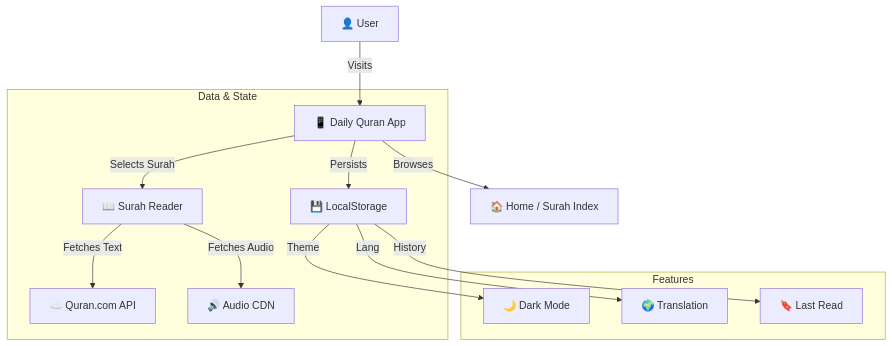
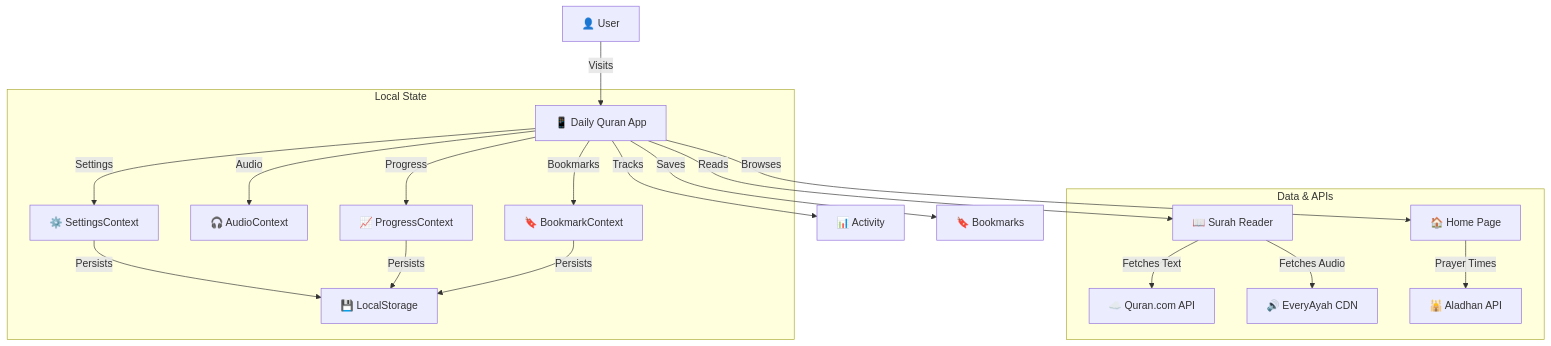
Before and after one commit to 9M2PJU/9M2PJU-Daily-Quran: the diagram in README.md, drawn with Mermaid. The commit also changed other lines of this file, not shown here.

Commit message:
docs: comprehensive README update with all features and changelog

````diff
--- a/README.md
+++ b/README.md
@@ -28,18 +55,24 @@
 ```mermaid
 graph TD
     User[👤 User] -->|Visits| App[📱 Daily Quran App]
-    App -->|Browses| Home[🏠 Home / Surah Index]
-    App -->|Selects Surah| Reader[📖 Surah Reader]
-    
-    subgraph "Data & State"
+    App -->|Browses| Home[🏠 Home Page]
+    App -->|Reads| Reader[📖 Surah Reader]
+    App -->|Tracks| Activity[📊 Activity]
+    App -->|Saves| Bookmarks[🔖 Bookmarks]
+
+    subgraph "Data & APIs"
         Reader -->|Fetches Text| API[☁️ Quran.com API]
-        Reader -->|Fetches Audio| Audio[🔊 Audio CDN]
-        App -->|Persists| Storage[💾 LocalStorage]
+        Reader -->|Fetches Audio| Audio[🔊 EveryAyah CDN]
+        Home -->|Prayer Times| Prayer[🕌 Aladhan API]
     end
 
-    subgraph "Features"
-        Storage -->|Theme| DarkMode[🌙 Dark Mode]
-        Storage -->|Lang| Lang[🌍 Translation]
-        Storage -->|History| LastRead[🔖 Last Read]
+    subgraph "Local State"
+        App -->|Settings| Settings[⚙️ SettingsContext]
+        App -->|Audio| AudioCtx[🎧 AudioContext]
+        App -->|Progress| Progress[📈 ProgressContext]
+        App -->|Bookmarks| BookmarkCtx[🔖 BookmarkContext]
+        Settings -->|Persists| LS[💾 LocalStorage]
+        Progress -->|Persists| LS
+        BookmarkCtx -->|Persists| LS
     end
 ```
````
